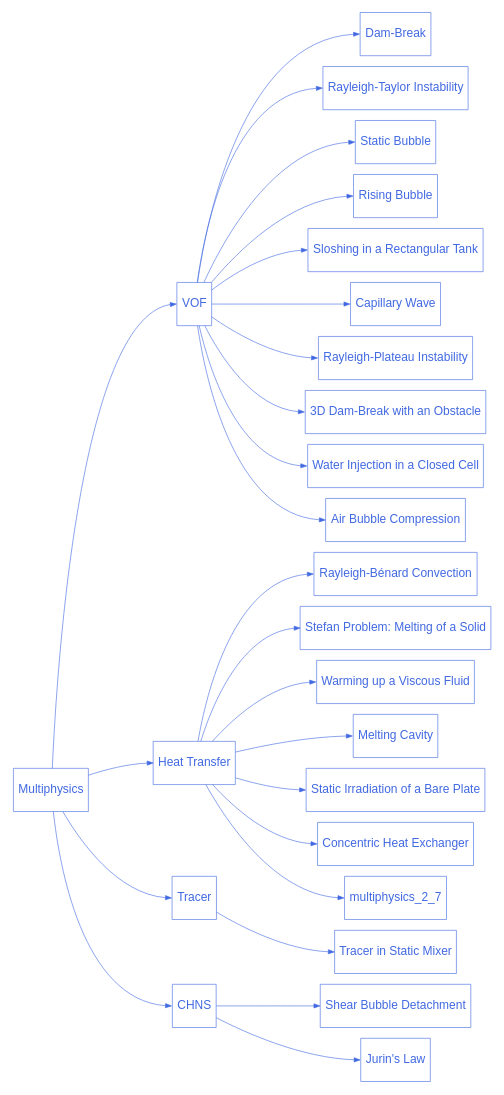
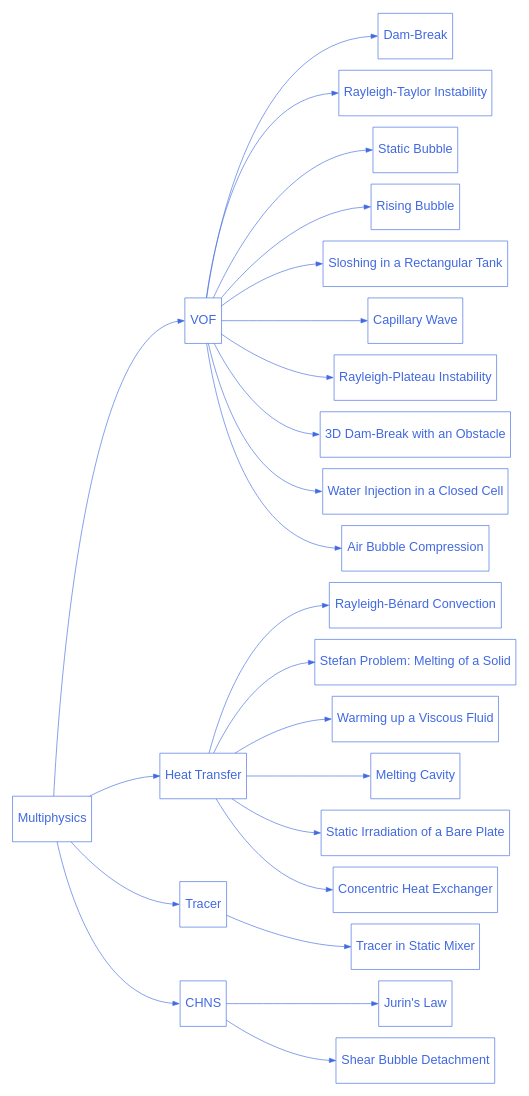
One commit to chaos-polymtl/lethe changed the diagram in doc/source/examples/multiphysics/multiphysics.rst. Above: the diagram before and after it, drawn with Graphviz.

Commit message:
Fix multiphysics graph viz

```diff
--- a/doc/source/examples/multiphysics/multiphysics.rst
+++ b/doc/source/examples/multiphysics/multiphysics.rst
@@ -65,11 +65,10 @@
       
       multiphysics_4 [label="CHNS", href="https://chaos-polymtl.github.io/lethe/documentation/examples/multiphysics/chns.html"];
 
+      multiphysics_4_1 [label="Jurin's Law", href="https://chaos-polymtl.github.io/lethe/documentation/examples/multiphysics/jurins-law/jurins-law.html"];
+
       multiphysics_4_2 [label="Shear Bubble Detachment", href="https://chaos-polymtl.github.io/lethe/documentation/examples/multiphysics/bubble-detachment-shear-flow/bubble-detachment-shear-flow.html"];
 
-      multiphysics_4 [label="CHNS", href="https://chaos-polymtl.github.io/lethe/documentation/examples/multiphysics/chns.html"];
-
-      multiphysics_4_1 [label="Jurin's Law", href="https://chaos-polymtl.github.io/lethe/documentation/examples/multiphysics/jurins-law/jurins-law.html"];
 
       multiphysics -> multiphysics_1:w;
       multiphysics -> multiphysics_2:w;
@@ -93,7 +92,6 @@
       multiphysics_2 -> multiphysics_2_4:w;
       multiphysics_2 -> multiphysics_2_5:w;
       multiphysics_2 -> multiphysics_2_6:w;
-      multiphysics_2 -> multiphysics_2_7:w;
 
       multiphysics_3 -> multiphysics_3_1:w;
 
```
